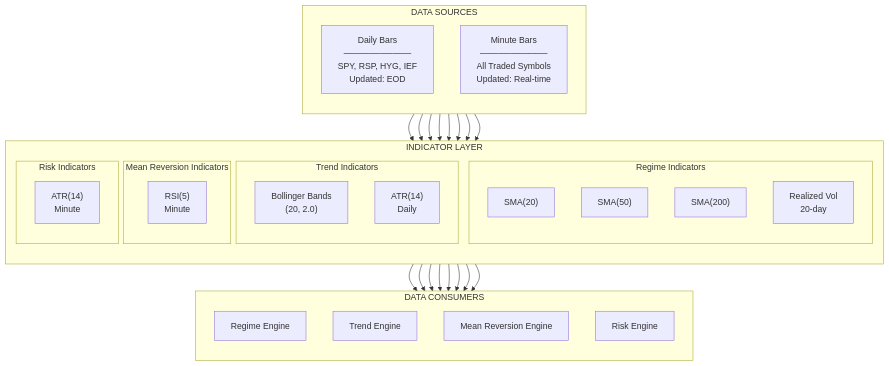
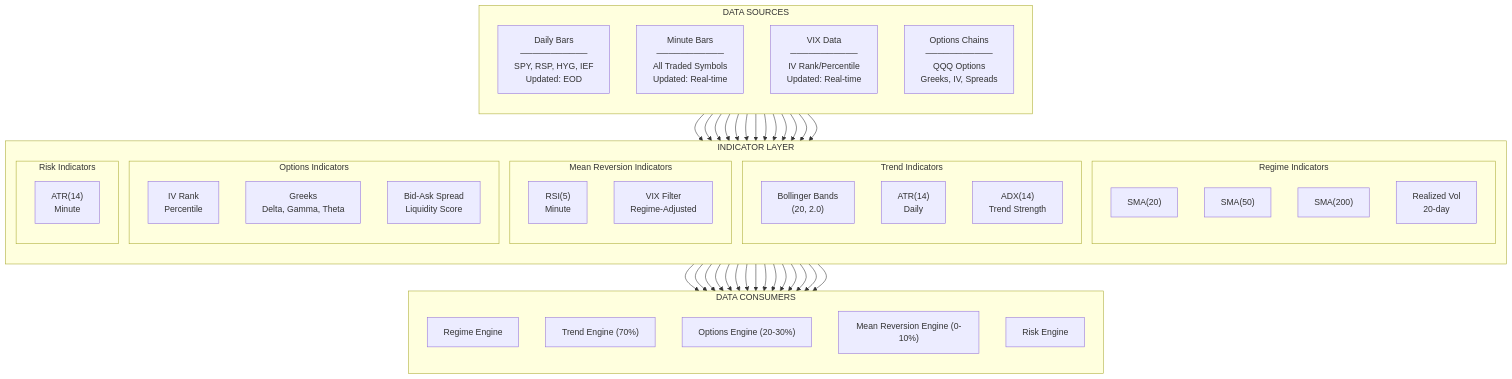
One commit to vickdavinci/alpha-nextgen-v2-private changed the first of 2 diagrams in docs/03-data-infrastructure.md. Above: the diagram before and after it, drawn with Mermaid. The commit also changed 5 other files, not shown here.

First line of the commit message:
docs: update architecture diagrams for V2.1 Core-Satellite

````diff
--- a/docs/03-data-infrastructure.md
+++ b/docs/03-data-infrastructure.md
@@ -54,46 +54,59 @@
 ```mermaid
 flowchart TB
     subgraph SOURCES["DATA SOURCES"]
         direction TB
         DAILY["Daily Bars<br/>───────────<br/>SPY, RSP, HYG, IEF<br/>Updated: EOD"]
         MINUTE["Minute Bars<br/>───────────<br/>All Traded Symbols<br/>Updated: Real-time"]
+        VIX_DATA["VIX Data<br/>───────────<br/>IV Rank/Percentile<br/>Updated: Real-time"]
+        OPTIONS_DATA["Options Chains<br/>───────────<br/>QQQ Options<br/>Greeks, IV, Spreads"]
     end
 
     subgraph INDICATORS["INDICATOR LAYER"]
         direction TB
         subgraph REGIME_IND["Regime Indicators"]
             SMA20["SMA(20)"]
             SMA50["SMA(50)"]
             SMA200["SMA(200)"]
             RVOL["Realized Vol<br/>20-day"]
         end
         subgraph TREND_IND["Trend Indicators"]
             BB["Bollinger Bands<br/>(20, 2.0)"]
             ATR_T["ATR(14)<br/>Daily"]
+            ADX["ADX(14)<br/>Trend Strength"]
         end
         subgraph MR_IND["Mean Reversion Indicators"]
             RSI["RSI(5)<br/>Minute"]
+            VIX_IND["VIX Filter<br/>Regime-Adjusted"]
+        end
+        subgraph OPTIONS_IND["Options Indicators"]
+            IV_RANK["IV Rank<br/>Percentile"]
+            GREEKS["Greeks<br/>Delta, Gamma, Theta"]
+            LIQUIDITY["Bid-Ask Spread<br/>Liquidity Score"]
         end
         subgraph RISK_IND["Risk Indicators"]
             ATR_M["ATR(14)<br/>Minute"]
         end
     end
 
     subgraph CONSUMERS["DATA CONSUMERS"]
         direction TB
         REGIME["Regime Engine"]
-        TREND["Trend Engine"]
-        MR["Mean Reversion Engine"]
+        TREND["Trend Engine (70%)"]
+        OPTIONS["Options Engine (20-30%)"]
+        MR["Mean Reversion Engine (0-10%)"]
         RISK["Risk Engine"]
     end
 
     DAILY --> SMA20 & SMA50 & SMA200 & RVOL
-    DAILY --> BB & ATR_T
+    DAILY --> BB & ATR_T & ADX
     MINUTE --> RSI
     MINUTE --> ATR_M
+    VIX_DATA --> VIX_IND & IV_RANK
+    OPTIONS_DATA --> GREEKS & LIQUIDITY
 
     SMA20 & SMA50 & SMA200 & RVOL --> REGIME
-    BB & ATR_T --> TREND
-    RSI --> MR
-    ATR_M --> RISK
+    BB & ATR_T & ADX --> TREND
+    IV_RANK & GREEKS & LIQUIDITY & ADX --> OPTIONS
+    RSI & VIX_IND --> MR
+    ATR_M & GREEKS --> RISK
 ```
````
